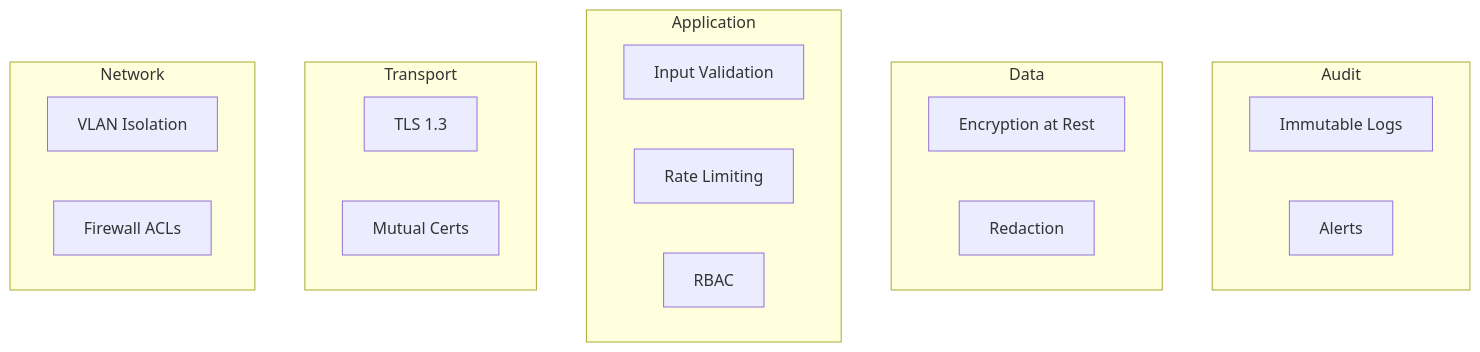
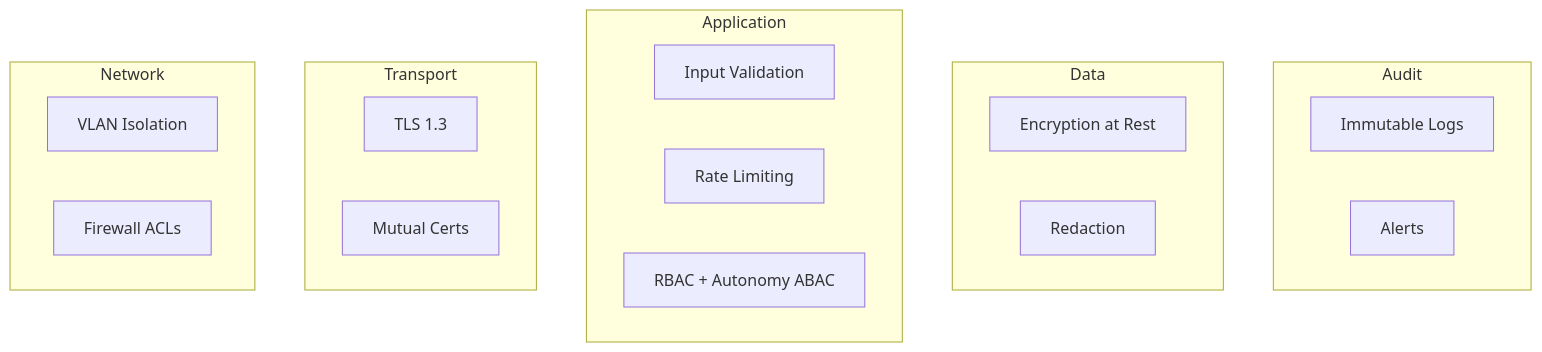
One commit to saviornt/Network-Chan changed the diagram in docs/security_design.md. Above: the diagram before and after it, drawn with Mermaid. The commit also changed other lines of this file and 35 other files, not shown here.

````diff
--- a/docs/security_design.md
+++ b/docs/security_design.md
@@ -121,24 +110,24 @@
-    ```mermaid
-    graph TD
-        subgraph "Audit"
-            Immutable_Logs[Immutable Logs]
-            Alerts[Alerts]
-        end
-        subgraph "Data"
-            Encryption_at_Rest[Encryption at Rest]
-            Redaction[Redaction]
-        end
-        subgraph "Application"
-            Input_Validation[Input Validation]
-            Rate_Limiting[Rate Limiting]
-            RBAC[RBAC]
-        end
-        subgraph "Transport"
-            TLS_1_3[TLS 1.3]
-            Mutual_Certs[Mutual Certs]
-        end
-        subgraph "Network"
-            VLAN_Isolation[VLAN Isolation]
-            Firewall_ACLs[Firewall ACLs]
-        end
-    ```
+  ```mermaid
+  graph TD
+      subgraph "Audit"
+          Immutable_Logs[Immutable Logs]
+          Alerts[Alerts]
+      end
+      subgraph "Data"
+          Encryption_at_Rest[Encryption at Rest]
+          Redaction[Redaction]
+      end
+      subgraph "Application"
+          Input_Validation[Input Validation]
+          Rate_Limiting[Rate Limiting]
+          RBAC_ABAC[RBAC + Autonomy ABAC]
+      end
+      subgraph "Transport"
+          TLS_1_3[TLS 1.3]
+          Mutual_Certs[Mutual Certs]
+      end
+      subgraph "Network"
+          VLAN_Isolation[VLAN Isolation]
+          Firewall_ACLs[Firewall ACLs]
+      end
+  ```
````
